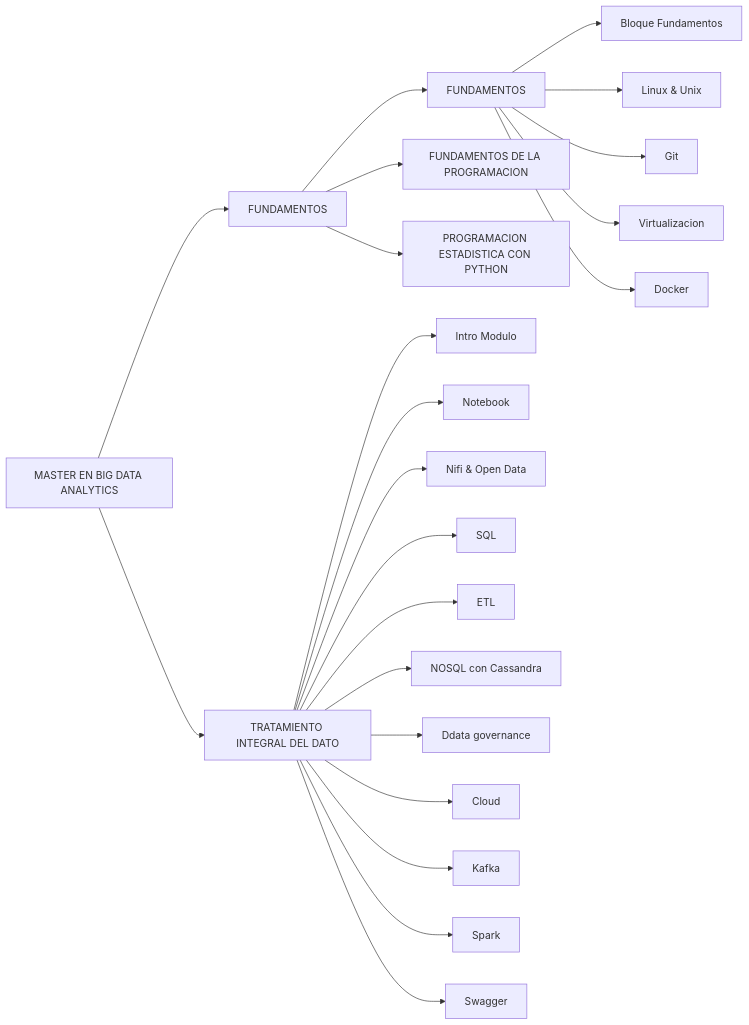
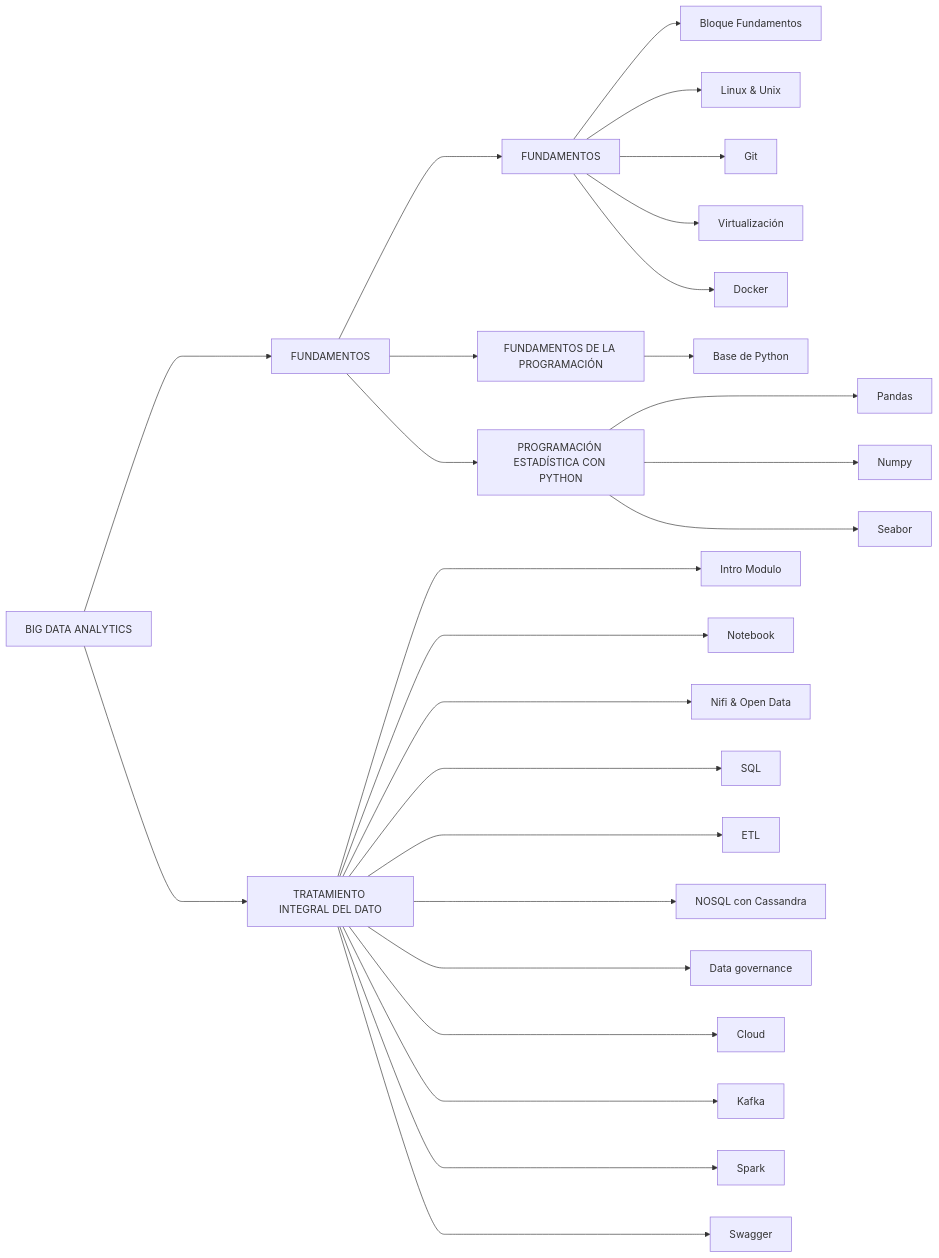
One commit to alozk/Master-Big-Data-Analytics changed the diagram in README.md. Above: the diagram before and after it, drawn with Mermaid.

````diff
--- a/README.md
+++ b/README.md
@@ -1,24 +1,28 @@
 ```mermaid
 flowchart LR
-A[MASTER EN BIG DATA ANALYTICS] -->B[FUNDAMENTOS];
-A[MASTER EN BIG DATA ANALYTICS] -->C[TRATAMIENTO INTEGRAL DEL DATO];
-B[FUNDAMENTOS] -->D[FUNDAMENTOS];
-B[FUNDAMENTOS] -->E[FUNDAMENTOS DE LA PROGRAMACION]
-B[FUNDAMENTOS] -->F[PROGRAMACION ESTADISTICA CON PYTHON]
+A[BIG DATA ANALYTICS] ---->B[FUNDAMENTOS];
+A[BIG DATA ANALYTICS] ---->C[TRATAMIENTO INTEGRAL DEL DATO];
+B[FUNDAMENTOS] --->D[FUNDAMENTOS];
+B[FUNDAMENTOS] --->E[FUNDAMENTOS DE LA PROGRAMACIÓN]
+B[FUNDAMENTOS] --->F[PROGRAMACIÓN ESTADÍSTICA CON PYTHON]
 D[FUNDAMENTOS] -->G[Bloque Fundamentos]
 D[FUNDAMENTOS] -->H[Linux & Unix]
 D[FUNDAMENTOS] -->I[Git]
-D[FUNDAMENTOS] -->J[Virtualizacion]
+D[FUNDAMENTOS] -->J[Virtualización]
 D[FUNDAMENTOS] -->K[Docker]
-C[TRATAMIENTO INTEGRAL DEL DATO] -->L[Intro Modulo]
-C[TRATAMIENTO INTEGRAL DEL DATO] -->M[Notebook]
-C[TRATAMIENTO INTEGRAL DEL DATO] -->N[Nifi & Open Data]
-C[TRATAMIENTO INTEGRAL DEL DATO] -->O[SQL]
-C[TRATAMIENTO INTEGRAL DEL DATO] -->P[ETL]
-C[TRATAMIENTO INTEGRAL DEL DATO] -->Q[NOSQL con Cassandra]
-C[TRATAMIENTO INTEGRAL DEL DATO] -->R[Ddata governance]
-C[TRATAMIENTO INTEGRAL DEL DATO] -->S[Cloud]
-C[TRATAMIENTO INTEGRAL DEL DATO] -->T[Kafka]
-C[TRATAMIENTO INTEGRAL DEL DATO] -->U[Spark]
-C[TRATAMIENTO INTEGRAL DEL DATO] -->V[Swagger]
+C[TRATAMIENTO INTEGRAL DEL DATO] ---->L[Intro Modulo]
+C[TRATAMIENTO INTEGRAL DEL DATO] ---->M[Notebook]
+C[TRATAMIENTO INTEGRAL DEL DATO] ---->N[Nifi & Open Data]
+C[TRATAMIENTO INTEGRAL DEL DATO] ---->O[SQL]
+C[TRATAMIENTO INTEGRAL DEL DATO] ---->P[ETL]
+C[TRATAMIENTO INTEGRAL DEL DATO] ---->Q[NOSQL con Cassandra]
+C[TRATAMIENTO INTEGRAL DEL DATO] ---->R[Data governance]
+C[TRATAMIENTO INTEGRAL DEL DATO] ---->S[Cloud]
+C[TRATAMIENTO INTEGRAL DEL DATO] ---->T[Kafka]
+C[TRATAMIENTO INTEGRAL DEL DATO] ---->U[Spark]
+C[TRATAMIENTO INTEGRAL DEL DATO] ---->V[Swagger]
+E[FUNDAMENTOS DE LA PROGRAMACIÓN] -->W[Base de Python]
+F[PROGRAMACIÓN ESTADÍSTICA CON PYTHON] --->X[Pandas]
+F[PROGRAMACIÓN ESTADÍSTICA CON PYTHON] --->Y[Numpy]
+F[PROGRAMACIÓN ESTADÍSTICA CON PYTHON] --->Z[Seabor]
 ```
````
